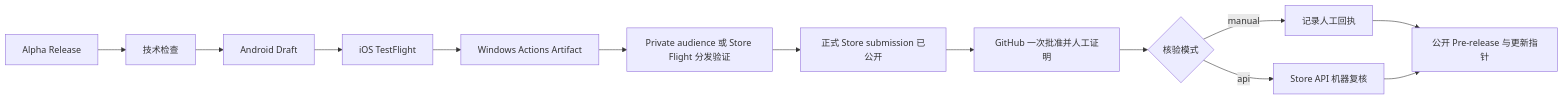
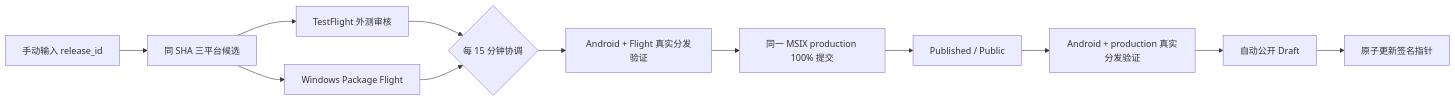
The diagram in docs/project/GitHub_版本发布流程.md (zhangheng2022/meet_trace), drawn with Mermaid before and after one commit. The commit also changed other lines of this file and 27 other files, not shown here.

````diff
--- a/docs/project/GitHub_版本发布流程.md
+++ b/docs/project/GitHub_版本发布流程.md
@@ -20,15 +19,14 @@
 ```mermaid
 flowchart LR
-  A[Alpha Release] --> B[技术检查]
-  B --> C[Android Draft]
-  C --> D[iOS TestFlight]
-  D --> E[Windows Actions Artifact]
-  E --> F[Private audience 或 Store Flight 分发验证]
-  F --> G[正式 Store submission 已公开]
-  G --> H[GitHub 一次批准并人工证明]
-  H --> I{核验模式}
-  I -->|manual| J[记录人工回执]
-  I -->|api| K[Store API 机器复核]
-  J --> L[公开 Pre-release 与更新指针]
-  K --> L
+  A[手动输入 release_id] --> B[同 SHA 三平台候选]
+  B --> C[TestFlight 外测审核]
+  B --> D[Windows Package Flight]
+  C --> E{每 15 分钟协调}
+  D --> E
+  E --> F[Android + Flight 真实分发验证]
+  F --> G[同一 MSIX production 100% 提交]
+  G --> H[Published / Public]
+  H --> I[Android + production 真实分发验证]
+  I --> J[自动公开 Draft]
+  J --> K[原子更新签名指针]
 ```
````
